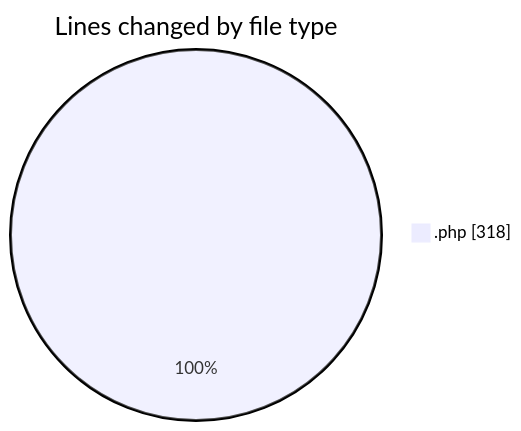
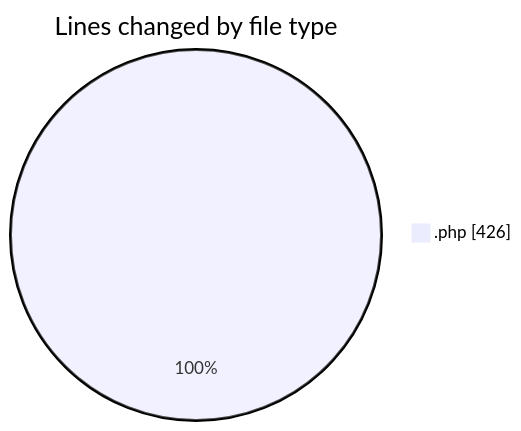
Before and after one commit to LanceThiago/code-tracking: the first of 2 diagrams in 2026-09-14/web/README.md, drawn with Mermaid. The commit also changed other lines of this file and 1 other file, not shown here.

````diff
--- a/2026-09-14/web/README.md
+++ b/2026-09-14/web/README.md
@@ -21,5 +22,5 @@
 ```mermaid
 pie showData
 title Lines changed by file type
-".php" : 318
+".php" : 426
 ```
````
